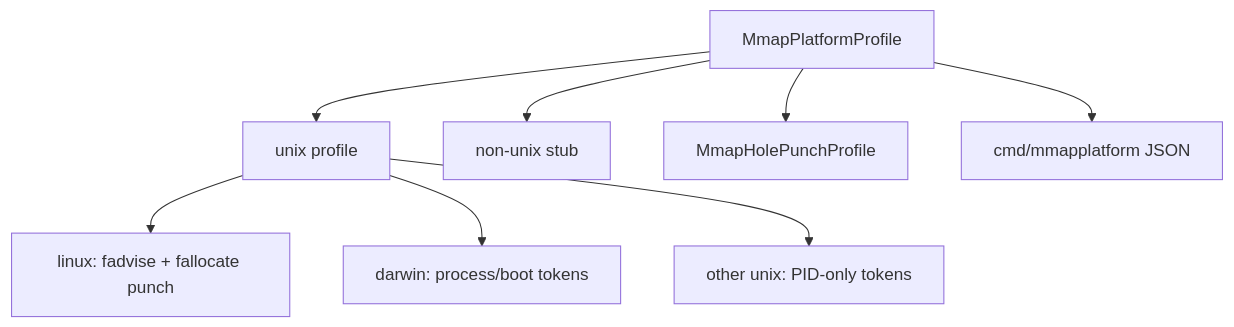
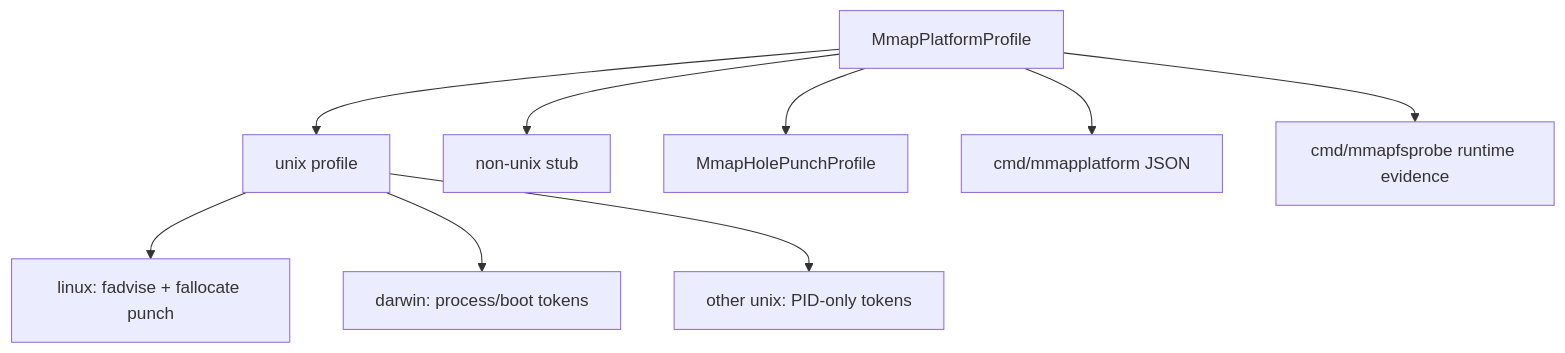
The diagram in docs/12-platform-matrix.md (hadamrd/cow-btree-course), drawn with Mermaid before and after one commit. The commit also changed other lines of this file and 5 other files, not shown here.

````diff
--- a/docs/12-platform-matrix.md
+++ b/docs/12-platform-matrix.md
@@ -37,10 +51,11 @@
 ```mermaid
 flowchart TD
     P["MmapPlatformProfile"] --> U["unix profile"]
     P --> N["non-unix stub"]
     U --> L["linux: fadvise + fallocate punch"]
     U --> D["darwin: process/boot tokens"]
     U --> O["other unix: PID-only tokens"]
     P --> H["MmapHolePunchProfile"]
     P --> C["cmd/mmapplatform JSON"]
+    P --> F["cmd/mmapfsprobe runtime evidence"]
 ```
````
